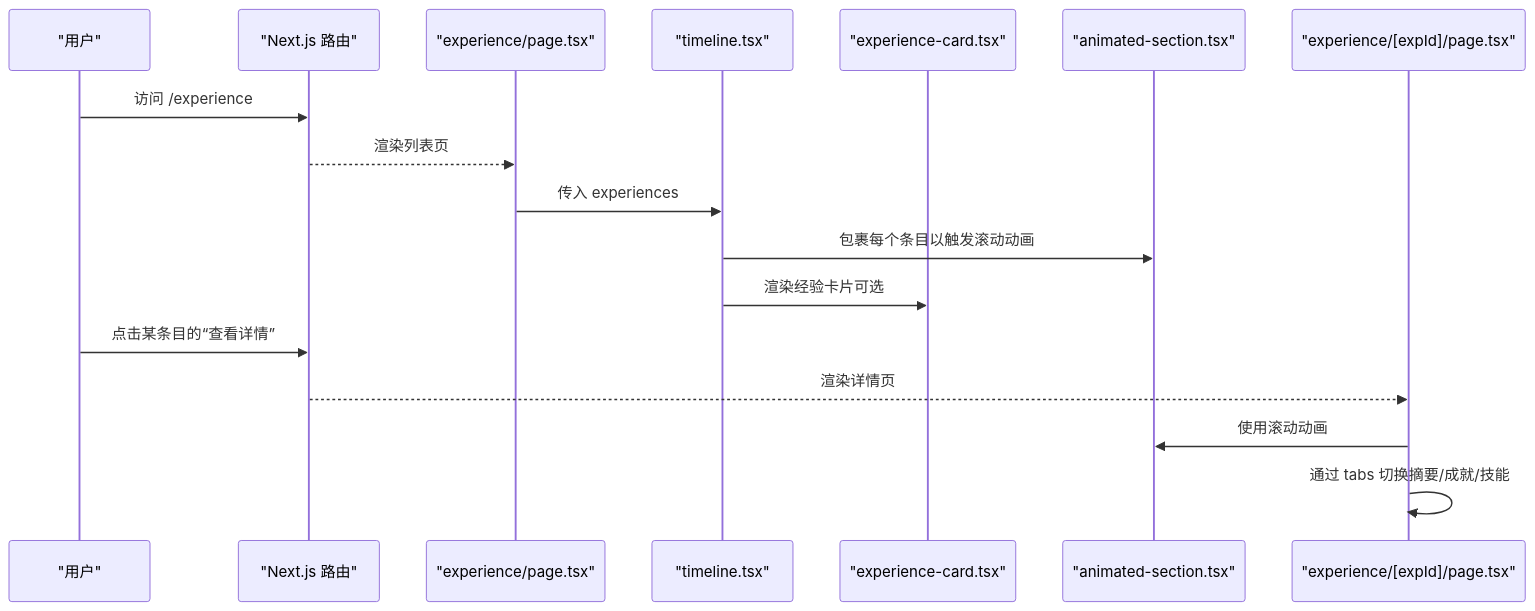
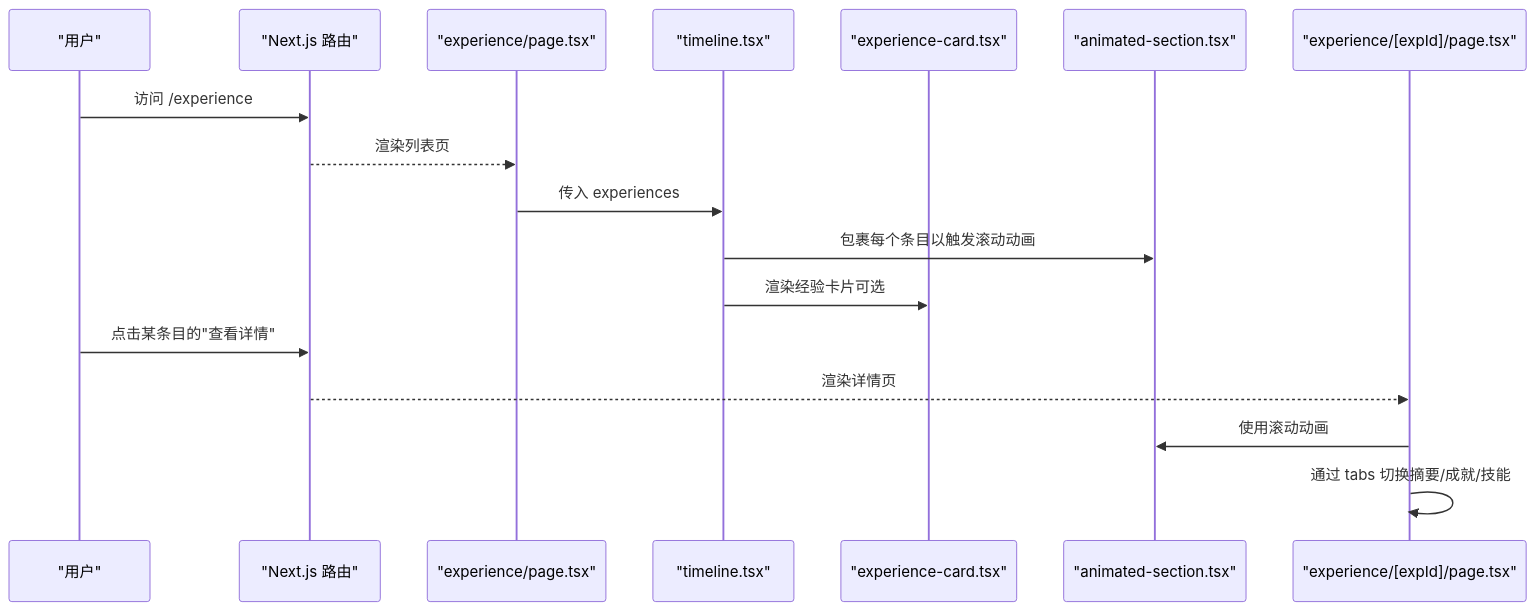
One commit to florianjsun/next-portfolio changed the second of 5 diagrams in .qoder/repowiki/zh/content/核心功能模块/经验时间线模块.md. Above: the diagram before and after it, drawn with Mermaid. The commit also changed other lines of this file and 80 other files, not shown here.

````diff
--- a/.qoder/repowiki/zh/content/核心功能模块/经验时间线模块.md
+++ b/.qoder/repowiki/zh/content/核心功能模块/经验时间线模块.md
@@ -91,19 +99,19 @@
 ```mermaid
 sequenceDiagram
 participant U as "用户"
 participant R as "Next.js 路由"
 participant P as "experience/page.tsx"
 participant T as "timeline.tsx"
 participant C as "experience-card.tsx"
 participant A as "animated-section.tsx"
 participant D as "experience/[expId]/page.tsx"
 U->>R : 访问 /experience
 R-->>P : 渲染列表页
 P->>T : 传入 experiences
 T->>A : 包裹每个条目以触发滚动动画
 T->>C : 渲染经验卡片可选
-U->>R : 点击某条目的“查看详情”
+U->>R : 点击某条目的"查看详情"
 R-->>D : 渲染详情页
 D->>A : 使用滚动动画
 D->>D : 通过 tabs 切换摘要/成就/技能
 ```
````
